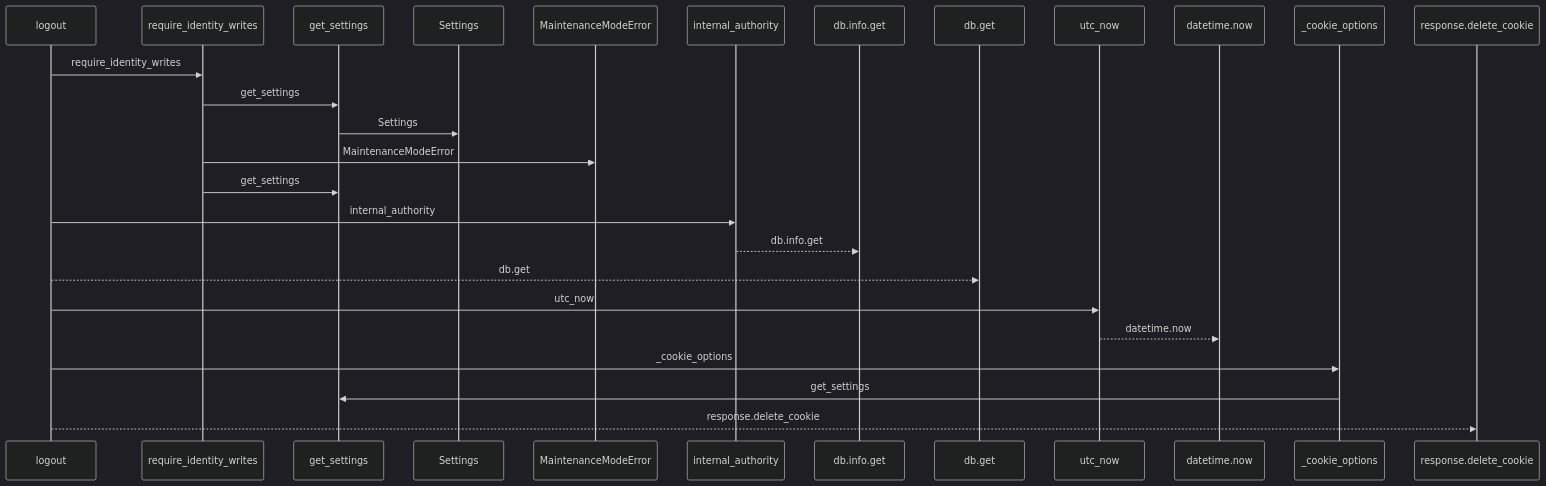
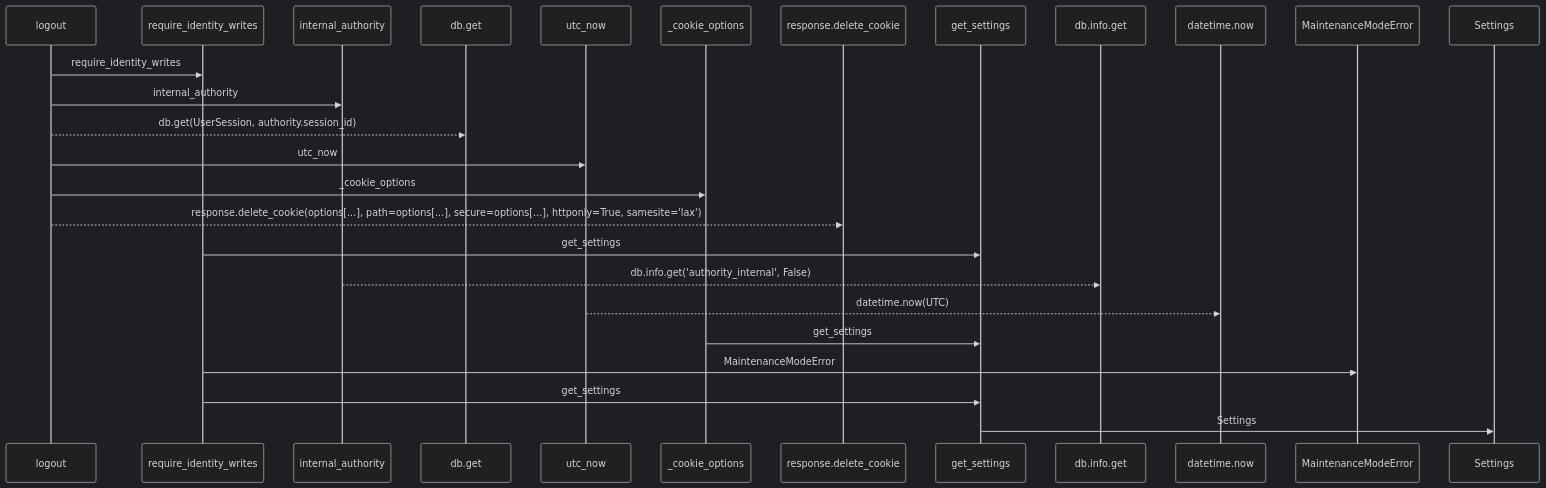
One commit to Denissvgn/WorkChord changed the first of 2 diagrams in docs/llm_wiki/flows/http-logout.md. Above: the diagram before and after it, drawn with Mermaid (dark theme). The commit also changed other lines of this file and 25171 other files, not shown here.

````diff
--- a/docs/llm_wiki/flows/http-logout.md
+++ b/docs/llm_wiki/flows/http-logout.md
@@ -20,28 +22,28 @@
 ```mermaid
 sequenceDiagram
     participant p0 as logout
     participant p1 as require_identity_writes
-    participant p2 as get_settings
-    participant p3 as Settings
-    participant p4 as MaintenanceModeError
-    participant p5 as internal_authority
-    participant p6 as db.info.get
-    participant p7 as db.get
-    participant p8 as utc_now
+    participant p2 as internal_authority
+    participant p3 as db.get
+    participant p4 as utc_now
+    participant p5 as _cookie_options
+    participant p6 as response.delete_cookie
+    participant p7 as get_settings
+    participant p8 as db.info.get
     participant p9 as datetime.now
-    participant p10 as _cookie_options
-    participant p11 as response.delete_cookie
+    participant p10 as MaintenanceModeError
+    participant p11 as Settings
     p0->>p1: require_identity_writes
-    p1->>p2: get_settings
-    p2->>p3: Settings
-    p1->>p4: MaintenanceModeError
-    p1->>p2: get_settings
-    p0->>p5: internal_authority
-    p5-->>p6: db.info.get
-    p0-->>p7: db.get
-    p0->>p8: utc_now
-    p8-->>p9: datetime.now
-    p0->>p10: _cookie_options
-    p10->>p2: get_settings
-    p0-->>p11: response.delete_cookie
+    p0->>p2: internal_authority
+    p0-->>p3: db.get(UserSession, authority.session_id)
+    p0->>p4: utc_now
+    p0->>p5: _cookie_options
+    p0-->>p6: response.delete_cookie(options[...], path=options[...], secure=options[...], httponly=True, samesite='lax')
+    p1->>p7: get_settings
+    p2-->>p8: db.info.get('authority_internal', False)
+    p4-->>p9: datetime.now(UTC)
+    p5->>p7: get_settings
+    p1->>p10: MaintenanceModeError
+    p1->>p7: get_settings
+    p7->>p11: Settings
 ```
````
